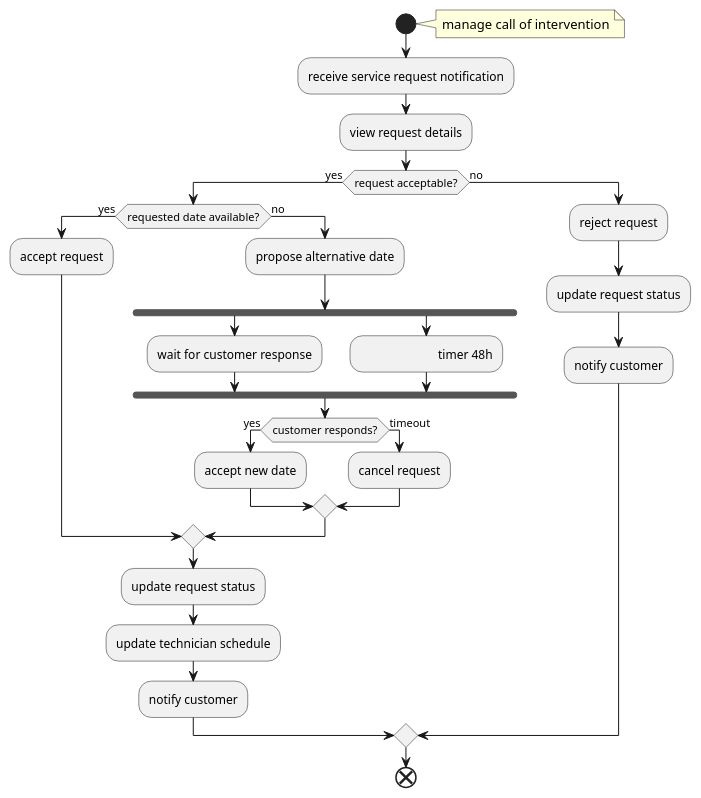
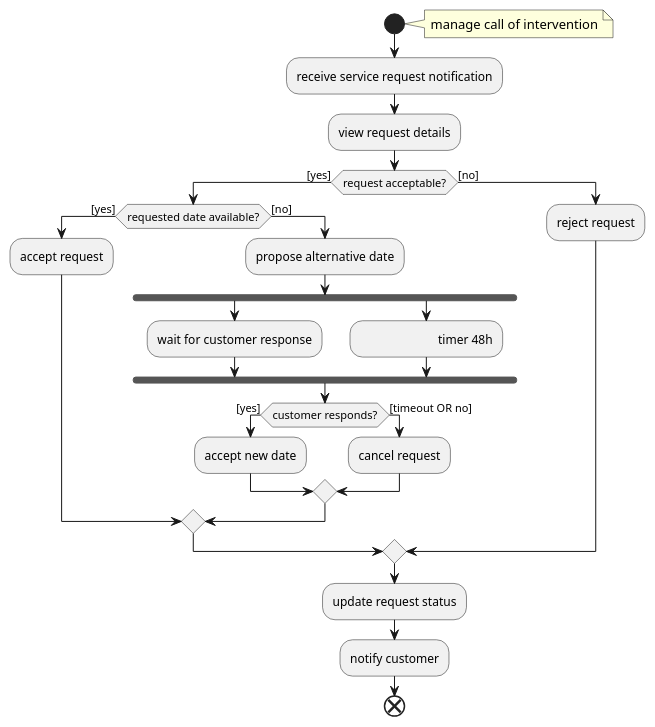
One commit to GiuEliNo/JustIT changed the diagram in doc/activity_diagrams/call_intervantion_plantuml.md. Above: the diagram before and after it, drawn with PlantUML.

Commit message:
fix (doc): AD call_intervantion_plantuml.md. Fix timer and guard

````diff
--- a/doc/activity_diagrams/call_intervantion_plantuml.md
+++ b/doc/activity_diagrams/call_intervantion_plantuml.md
@@ -1,49 +1,49 @@
 ```plantuml
 @startuml
 start
 
 note right
 manage call of intervention
 end note
 
 :receive service request notification;
 :view request details;
 
-if (request acceptable?) then (yes)
+if (request acceptable?) then ([yes])
 
-    if (requested date available?) then (yes)
+    if (requested date available?) then ([yes])
         :accept request;
-    else (no)
+    else ([no])
         :propose alternative date;
         fork
             :wait for customer response;
             
         fork again
         
             :\t\t\t timer 48h; <<timeEvent>>
             
         end fork
         
-        if (customer responds?) then (yes)
+        if (customer responds?) then ([yes])
                 :accept new date;
-            else (timeout)
+            else ([timeout OR no])
                 :cancel request;
+        
         endif
         
     endif
 
-    :update request status;
-    :update technician schedule;
-    :notify customer;
 
-else (no)
+else ([no])
 
     :reject request;
-    :update request status;
-    :notify customer;
+
 
 endif
+
+:update request status;
+:notify customer;
 
 end
 @enduml
 ```
````
